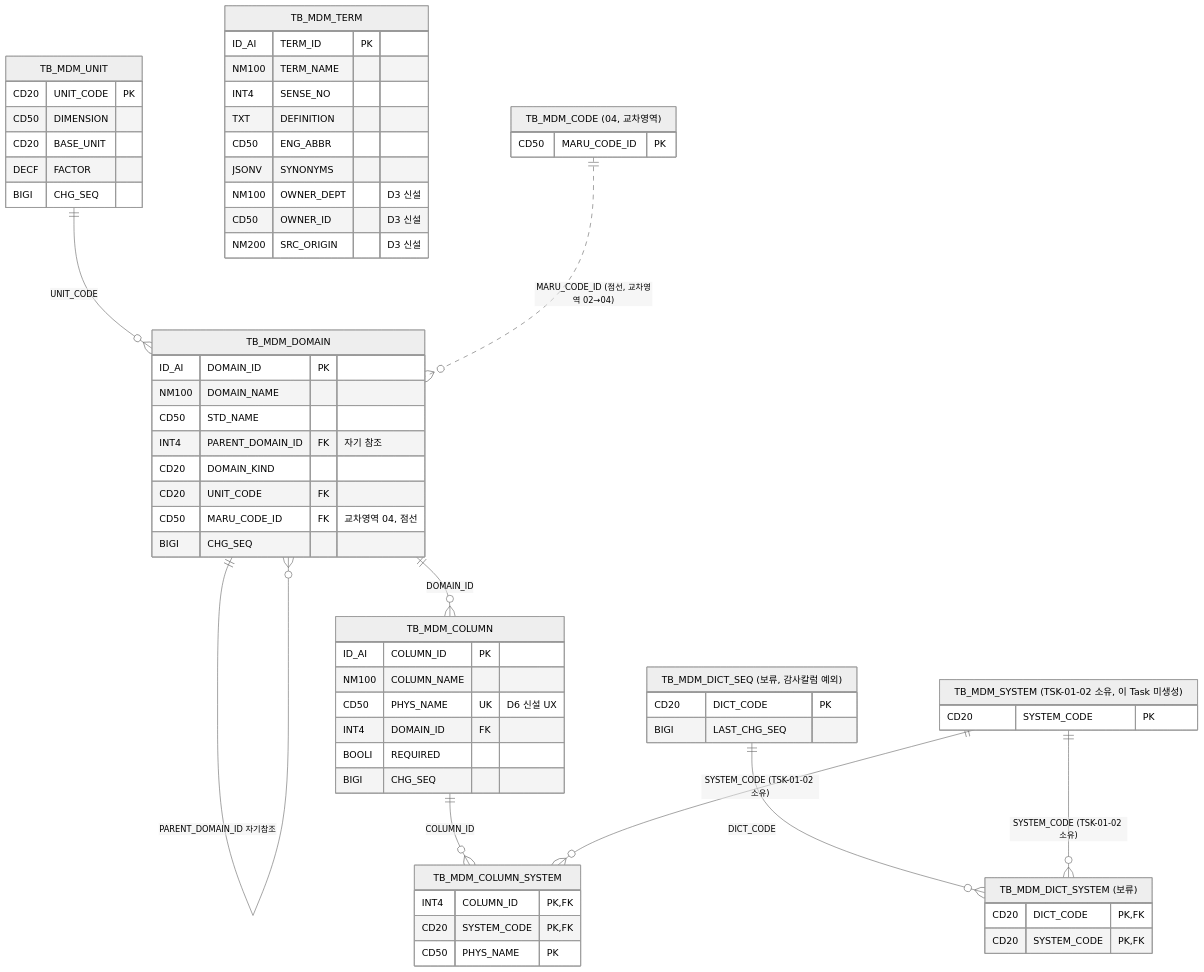
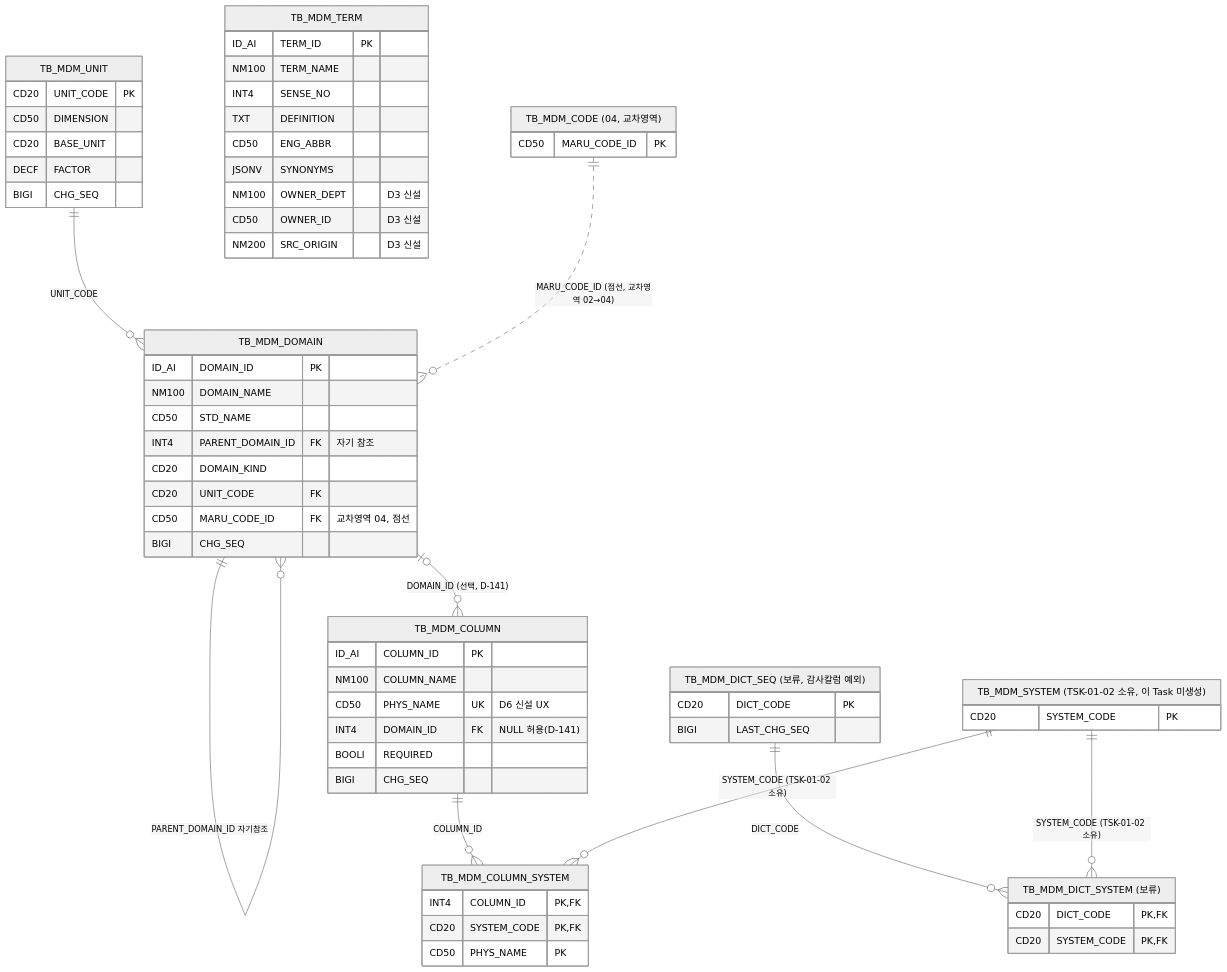
One commit to jongik-sv/dmes-standard changed the diagram in docs/mdm/erd/02-term-domain-column.mmd. Above: the diagram before and after it, drawn with Mermaid (neutral theme). The commit also changed 15 other files, not shown here.

```diff
--- a/docs/mdm/erd/02-term-domain-column.mmd
+++ b/docs/mdm/erd/02-term-domain-column.mmd
@@ -1,67 +1,67 @@
 %% TSK-02-03 영역 02 (dma) ERD — design.md §6.1
 %% TB_MDM_SYSTEM 은 TSK-01-02 소유(이 Task 가 만들지 않음, 실선 참조). 보류 테이블은 엔티티 라벨에 "(보류)" 로 표시한다.
 erDiagram
     TB_MDM_UNIT {
         CD20 UNIT_CODE PK
         CD50 DIMENSION
         CD20 BASE_UNIT
         DECF FACTOR
         BIGI CHG_SEQ
     }
     TB_MDM_TERM {
         ID_AI TERM_ID PK
         NM100 TERM_NAME
         INT4 SENSE_NO
         TXT DEFINITION
         CD50 ENG_ABBR
         JSONV SYNONYMS
         NM100 OWNER_DEPT "D3 신설"
         CD50 OWNER_ID "D3 신설"
         NM200 SRC_ORIGIN "D3 신설"
     }
     TB_MDM_DOMAIN {
         ID_AI DOMAIN_ID PK
         NM100 DOMAIN_NAME
         CD50 STD_NAME
         INT4 PARENT_DOMAIN_ID FK "자기 참조"
         CD20 DOMAIN_KIND
         CD20 UNIT_CODE FK
         CD50 MARU_CODE_ID FK "교차영역 04, 점선"
         BIGI CHG_SEQ
     }
     TB_MDM_COLUMN {
         ID_AI COLUMN_ID PK
         NM100 COLUMN_NAME
         CD50 PHYS_NAME UK "D6 신설 UX"
-        INT4 DOMAIN_ID FK
+        INT4 DOMAIN_ID FK "NULL 허용(D-141)"
         BOOLI REQUIRED
         BIGI CHG_SEQ
     }
     TB_MDM_COLUMN_SYSTEM {
         INT4 COLUMN_ID PK,FK
         CD20 SYSTEM_CODE PK,FK
         CD50 PHYS_NAME PK
     }
     TB_MDM_DICT_SEQ["TB_MDM_DICT_SEQ (보류, 감사칼럼 예외)"] {
         CD20 DICT_CODE PK
         BIGI LAST_CHG_SEQ
     }
     TB_MDM_DICT_SYSTEM["TB_MDM_DICT_SYSTEM (보류)"] {
         CD20 DICT_CODE PK,FK
         CD20 SYSTEM_CODE PK,FK
     }
     TB_MDM_SYSTEM["TB_MDM_SYSTEM (TSK-01-02 소유, 이 Task 미생성)"] {
         CD20 SYSTEM_CODE PK
     }
     TB_MDM_CODE["TB_MDM_CODE (04, 교차영역)"] {
         CD50 MARU_CODE_ID PK
     }
 
     TB_MDM_DOMAIN ||--o{ TB_MDM_DOMAIN : "PARENT_DOMAIN_ID 자기참조"
     TB_MDM_UNIT ||--o{ TB_MDM_DOMAIN : "UNIT_CODE"
     TB_MDM_CODE ||..o{ TB_MDM_DOMAIN : "MARU_CODE_ID (점선, 교차영역 02→04)"
-    TB_MDM_DOMAIN ||--o{ TB_MDM_COLUMN : "DOMAIN_ID"
+    TB_MDM_DOMAIN |o--o{ TB_MDM_COLUMN : "DOMAIN_ID (선택, D-141)"
     TB_MDM_COLUMN ||--o{ TB_MDM_COLUMN_SYSTEM : "COLUMN_ID"
     TB_MDM_SYSTEM ||--o{ TB_MDM_COLUMN_SYSTEM : "SYSTEM_CODE (TSK-01-02 소유)"
     TB_MDM_DICT_SEQ ||--o{ TB_MDM_DICT_SYSTEM : "DICT_CODE"
     TB_MDM_SYSTEM ||--o{ TB_MDM_DICT_SYSTEM : "SYSTEM_CODE (TSK-01-02 소유)"
```
